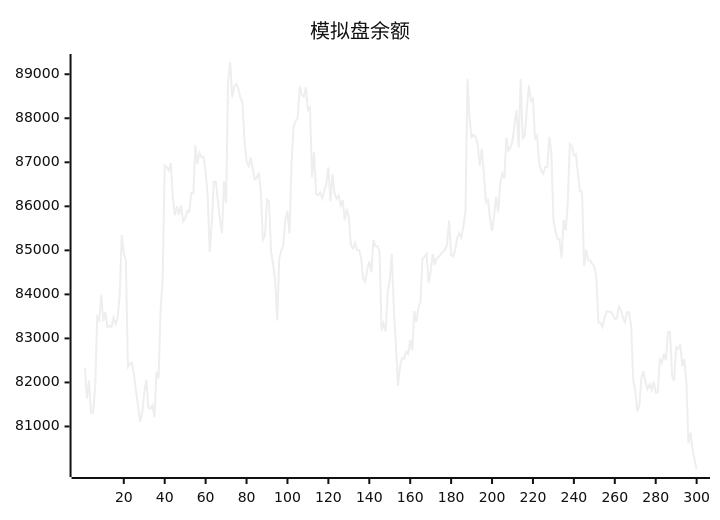
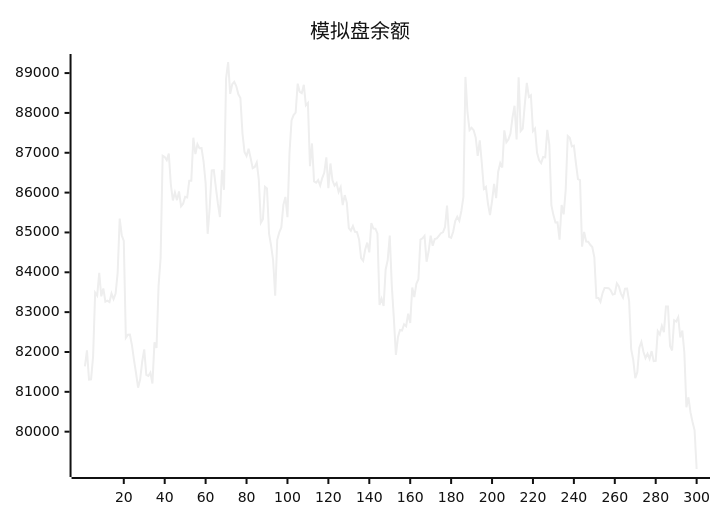
One commit to aahl/ai-trading changed the diagram in README.md. Above: the diagram before and after it, drawn with Mermaid (neutral theme). The commit also changed other lines of this file and 1 other file, not shown here.

````diff
--- a/README.md
+++ b/README.md
@@ -5,5 +5,5 @@
 ```mermaid
 xychart
     title "模拟盘余额"
-    line [82337,81639,82040,81307,81314,81887,83490,83414,83984,83396,83594,83261,83287,83253,83470,83327,83465,83987,85348,84930,84786,82355,82433,82438,82167,81795,81466,81105,81315,81756,82064,81426,81398,81481,81210,82242,82099,83658,84359,86925,86892,86814,86980,86203,85802,86003,85811,86028,85657,85721,85896,85880,86300,86299,87378,86965,87214,87115,87118,86780,86238,84966,85623,86555,86562,86129,85722,85387,86569,86070,88870,89278,88477,88720,88781,88668,88467,88372,87493,87018,86917,87102,86870,86613,86644,86758,86317,85242,85334,86149,86106,84968,84671,84302,83410,84816,85001,85127,85693,85891,85384,87001,87811,87945,88007,88734,88528,88495,88705,88189,88248,86662,87234,86279,86251,86314,86177,86364,86503,86886,86114,86731,86310,86176,86240,86017,86136,85685,85938,85749,85111,85044,85164,85016,85008,84824,84354,84287,84572,84745,84500,85234,85096,85095,84970,83180,83338,83157,84070,84309,84922,83667,82850,81924,82369,82552,82539,82695,82648,82962,82728,83619,83378,83710,83825,84819,84854,84917,84265,84527,84919,84668,84834,84850,84916,84981,85004,85131,85674,84891,84864,85019,85284,85393,85294,85538,85894,88904,88012,87567,87625,87568,87386,86920,87313,86737,86094,86143,85725,85437,85787,86219,85859,86526,86740,86630,87563,87264,87335,87483,87886,88180,87335,88894,87544,87608,88207,88755,88401,88444,87543,87608,87000,86810,86740,86894,86884,87576,87209,85686,85435,85251,85255,84820,85689,85453,86066,87420,87373,87161,87178,86740,86341,86315,84643,85012,84772,84768,84690,84635,84376,83360,83357,83259,83474,83608,83606,83602,83548,83440,83454,83724,83644,83464,83365,83590,83592,83275,82072,81806,81344,81492,82109,82254,82006,81848,81955,81829,82022,81769,81776,82522,82441,82656,82498,83144,83144,82150,82038,82797,82763,82872,82367,82536,81981,80612,80862,80484,80242,80034]
+    line [81639,82040,81307,81314,81887,83490,83414,83984,83396,83594,83261,83287,83253,83470,83327,83465,83987,85348,84930,84786,82355,82433,82438,82167,81795,81466,81105,81315,81756,82064,81426,81398,81481,81210,82242,82099,83658,84359,86925,86892,86814,86980,86203,85802,86003,85811,86028,85657,85721,85896,85880,86300,86299,87378,86965,87214,87115,87118,86780,86238,84966,85623,86555,86562,86129,85722,85387,86569,86070,88870,89278,88477,88720,88781,88668,88467,88372,87493,87018,86917,87102,86870,86613,86644,86758,86317,85242,85334,86149,86106,84968,84671,84302,83410,84816,85001,85127,85693,85891,85384,87001,87811,87945,88007,88734,88528,88495,88705,88189,88248,86662,87234,86279,86251,86314,86177,86364,86503,86886,86114,86731,86310,86176,86240,86017,86136,85685,85938,85749,85111,85044,85164,85016,85008,84824,84354,84287,84572,84745,84500,85234,85096,85095,84970,83180,83338,83157,84070,84309,84922,83667,82850,81924,82369,82552,82539,82695,82648,82962,82728,83619,83378,83710,83825,84819,84854,84917,84265,84527,84919,84668,84834,84850,84916,84981,85004,85131,85674,84891,84864,85019,85284,85393,85294,85538,85894,88904,88012,87567,87625,87568,87386,86920,87313,86737,86094,86143,85725,85437,85787,86219,85859,86526,86740,86630,87563,87264,87335,87483,87886,88180,87335,88894,87544,87608,88207,88755,88401,88444,87543,87608,87000,86810,86740,86894,86884,87576,87209,85686,85435,85251,85255,84820,85689,85453,86066,87420,87373,87161,87178,86740,86341,86315,84643,85012,84772,84768,84690,84635,84376,83360,83357,83259,83474,83608,83606,83602,83548,83440,83454,83724,83644,83464,83365,83590,83592,83275,82072,81806,81344,81492,82109,82254,82006,81848,81955,81829,82022,81769,81776,82522,82441,82656,82498,83144,83144,82150,82038,82797,82763,82872,82367,82536,81981,80612,80862,80484,80242,80034,79063]
 ```
````
